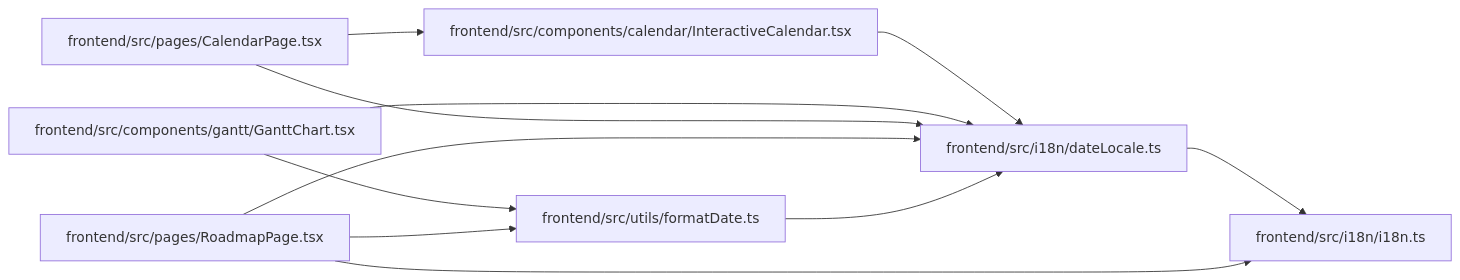
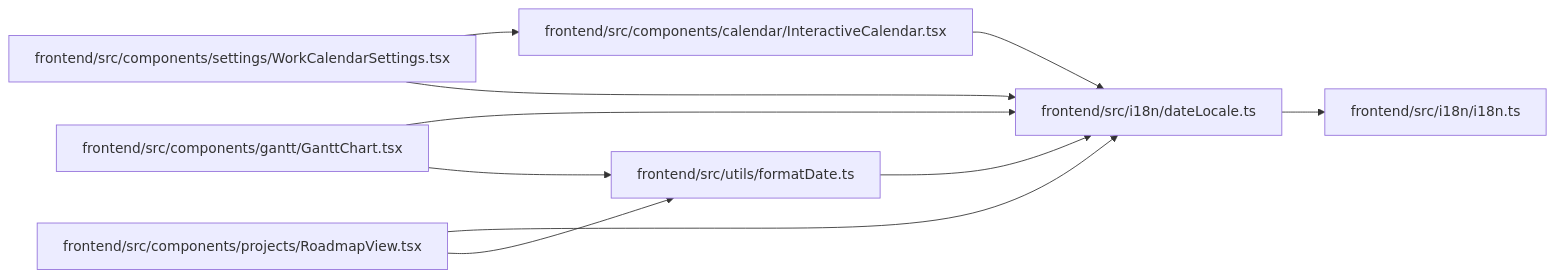
One commit to Denissvgn/WorkChord changed the diagram in docs/llm_wiki/modules/dateLocale.md. Above: the diagram before and after it, drawn with Mermaid. The commit also changed other lines of this file and 2373 other files, not shown here.

````diff
--- a/docs/llm_wiki/modules/dateLocale.md
+++ b/docs/llm_wiki/modules/dateLocale.md
@@ -26,27 +26,26 @@
 ```mermaid
 flowchart LR
     n0["frontend/src/components/calendar/InteractiveCalendar.tsx"]
     n1["frontend/src/components/gantt/GanttChart.tsx"]
-    n2["frontend/src/i18n/dateLocale.ts"]
-    n3["frontend/src/i18n/i18n.ts"]
-    n4["frontend/src/pages/CalendarPage.tsx"]
-    n5["frontend/src/pages/RoadmapPage.tsx"]
+    n2["frontend/src/components/projects/RoadmapView.tsx"]
+    n3["frontend/src/components/settings/WorkCalendarSettings.tsx"]
+    n4["frontend/src/i18n/dateLocale.ts"]
+    n5["frontend/src/i18n/i18n.ts"]
     n6["frontend/src/utils/formatDate.ts"]
-    n0 --> n2
-    n1 --> n2
+    n0 --> n4
+    n1 --> n4
     n1 --> n6
-    n2 --> n3
-    n4 --> n0
-    n4 --> n2
-    n5 --> n2
-    n5 --> n3
-    n5 --> n6
-    n6 --> n2
+    n2 --> n4
+    n2 --> n6
+    n3 --> n0
+    n3 --> n4
+    n4 --> n5
+    n6 --> n4
     click n0 "../modules/InteractiveCalendar.md"
     click n1 "../modules/GanttChart.md"
-    click n2 "../modules/dateLocale.md"
-    click n3 "../modules/i18n.md"
-    click n4 "../modules/CalendarPage.md"
-    click n5 "../modules/RoadmapPage.md"
+    click n2 "../modules/RoadmapView.md"
+    click n3 "../modules/WorkCalendarSettings.md"
+    click n4 "../modules/dateLocale.md"
+    click n5 "../modules/i18n.md"
     click n6 "../modules/formatDate.md"
 ```
````
